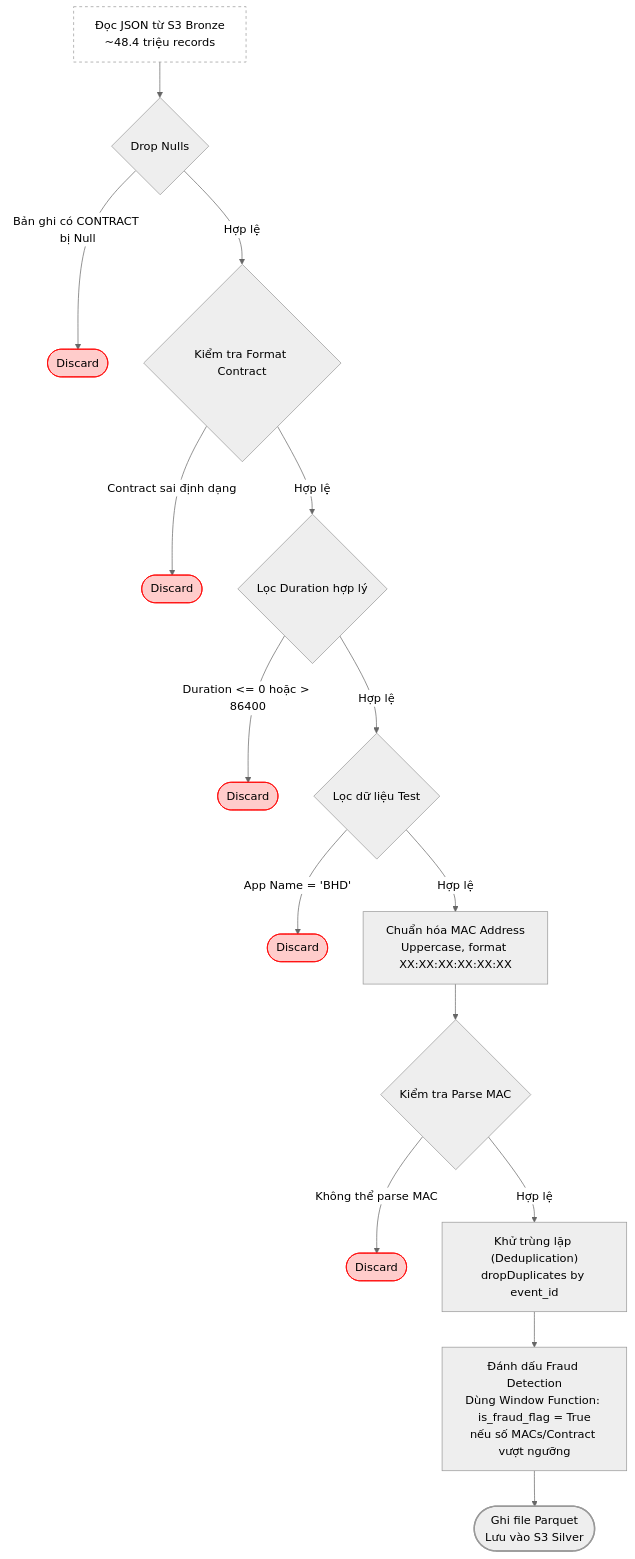
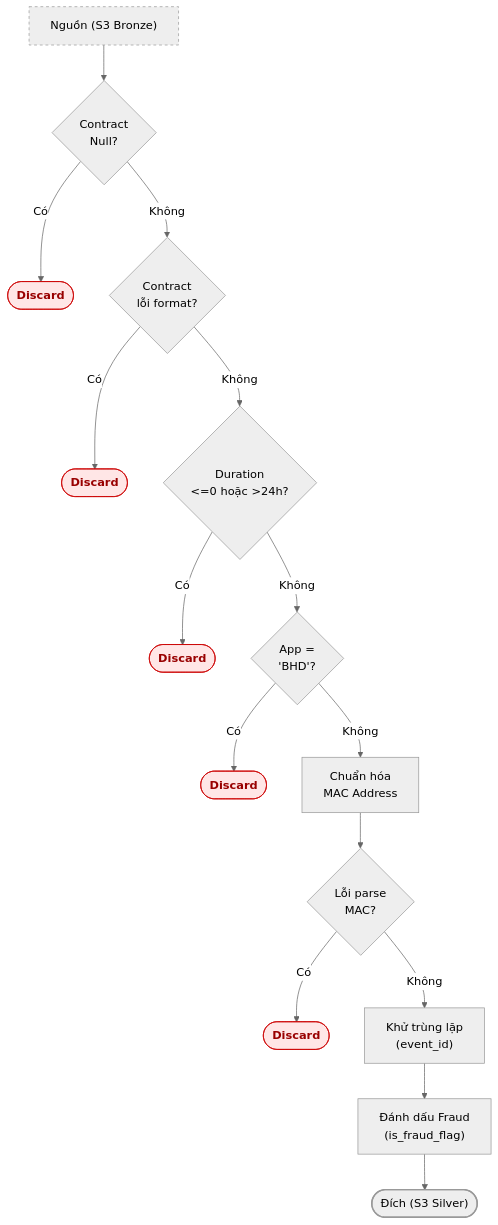
The second of 2 diagrams in docs/architecture/2.data-flow.md (latdat/End-to-End-IPTV-Data-Pipeline-AWS-Lakehouse-Architecture), drawn with Mermaid (neutral theme) before and after one commit.

````diff
--- a/docs/architecture/2.data-flow.md
+++ b/docs/architecture/2.data-flow.md
@@ -87,40 +87,22 @@
 ```mermaid
 flowchart TD
-    A[Đọc JSON từ S3 Bronze\n~48.4 triệu records] --> B
-    
-    B{Drop Nulls}
-    B -->|Bản ghi có CONTRACT bị Null| X1([Discard])
-    B -->|Hợp lệ| D
+    A["Nguồn (S3 Bronze)"] --> B{Contract<br>Null?}
+    B -->|Có| X1([Discard])
+    B -->|Không| D{Contract<br>lỗi format?}
+    D -->|Có| X2([Discard])
+    D -->|Không| F{Duration<br><=0 hoặc >24h?}
+    F -->|Có| X3([Discard])
+    F -->|Không| H{App =<br>'BHD'?}
+    H -->|Có| X4([Discard])
+    H -->|Không| I["Chuẩn hóa<br>MAC Address"]
+    I --> J{Lỗi parse<br>MAC?}
+    J -->|Có| X5([Discard])
+    J -->|Không| K["Khử trùng lặp<br>(event_id)"]
+    K --> L["Đánh dấu Fraud<br>(is_fraud_flag)"]
+    L --> M(["Đích (S3 Silver)"])
 
-    D{Kiểm tra Format Contract}
-    D -->|Contract sai định dạng| X2([Discard])
-    D -->|Hợp lệ| F
-
-    F{Lọc Duration hợp lý}
-    F -->|Duration <= 0 hoặc > 86400| X3([Discard])
-    F -->|Hợp lệ| H
-
-    H{Lọc dữ liệu Test}
-    H -->|App Name = 'BHD'| X4([Discard])
-    H -->|Hợp lệ| I
-
-    I["Chuẩn hóa MAC Address\nUppercase, format XX:XX:XX:XX:XX:XX"] --> J
-
-    J{Kiểm tra Parse MAC}
-    J -->|Không thể parse MAC| X5([Discard])
-    J -->|Hợp lệ| K
-
-    K["Khử trùng lặp (Deduplication)\ndropDuplicates by event_id"] --> L
-
-    L["Đánh dấu Fraud Detection\nDùng Window Function: is_fraud_flag = True\nnếu số MACs/Contract vượt ngưỡng"] --> M
-
-    M([Ghi file Parquet\nLưu vào S3 Silver])
-
-    style A fill:none,stroke-dasharray:4 4
+    classDef discard fill:#ffe6e6,stroke:#cc0000,stroke-width:1px,color:#990000,font-weight:bold
+    class X1,X2,X3,X4,X5 discard
+    style A stroke-dasharray:4 4
     style M stroke-width:2px
-    style X1 fill:#ffcccb,stroke:#f00,stroke-width:1px
-    style X2 fill:#ffcccb,stroke:#f00,stroke-width:1px
-    style X3 fill:#ffcccb,stroke:#f00,stroke-width:1px
-    style X4 fill:#ffcccb,stroke:#f00,stroke-width:1px
-    style X5 fill:#ffcccb,stroke:#f00,stroke-width:1px
 ```
````
